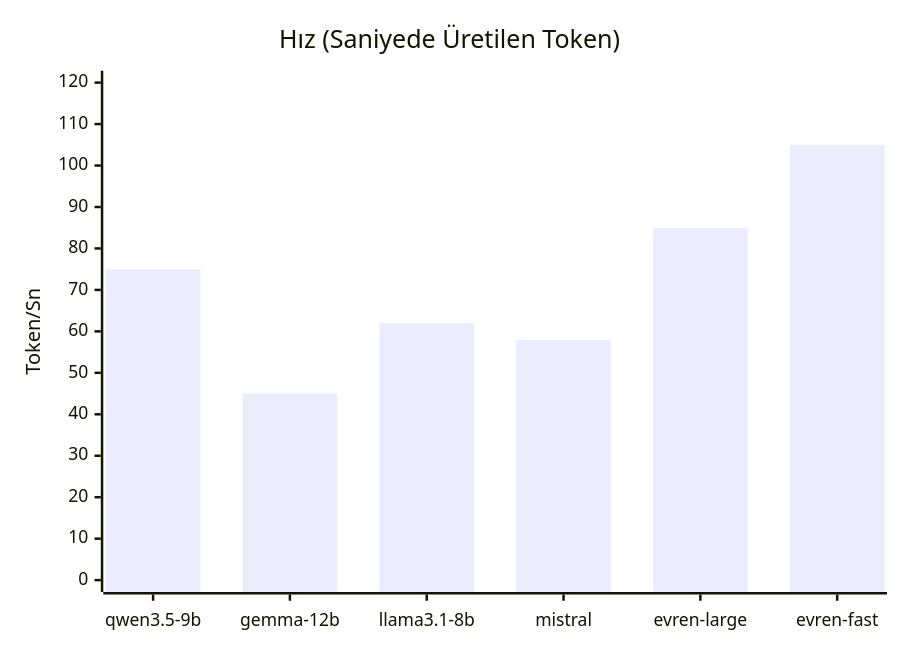
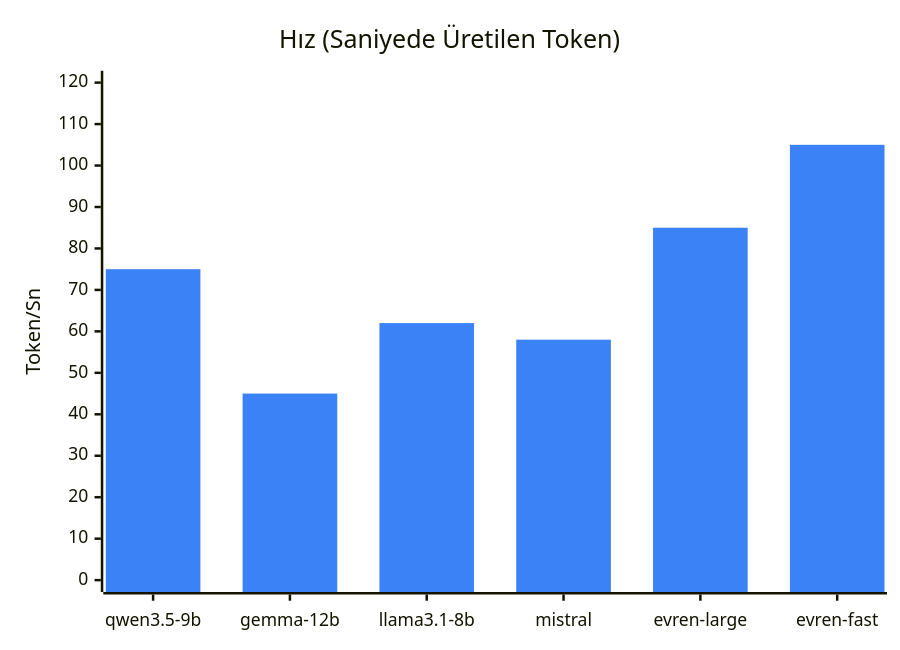
One commit to chyp3r/KACHOW-Teknofest-2026 changed diagram 11 of 16 in README.md. Above: the diagram before and after it, drawn with Mermaid. The commit also changed other lines of this file, not shown here.

````diff
--- a/README.md
+++ b/README.md
@@ -556,7 +620,8 @@
 ```mermaid
+%%{init: { 'theme': 'base', 'themeVariables': { 'xyChart': {'plotColorPalette': '#3b82f6'} } } }%%
 xychart-beta
     title "Hız (Saniyede Üretilen Token)"
     x-axis ["qwen3.5-9b", "gemma-12b", "llama3.1-8b", "mistral", "evren-large", "evren-fast"]
     y-axis "Token/Sn" 0 --> 120
     bar [75, 45, 62, 58, 85, 105]
 ```
````
